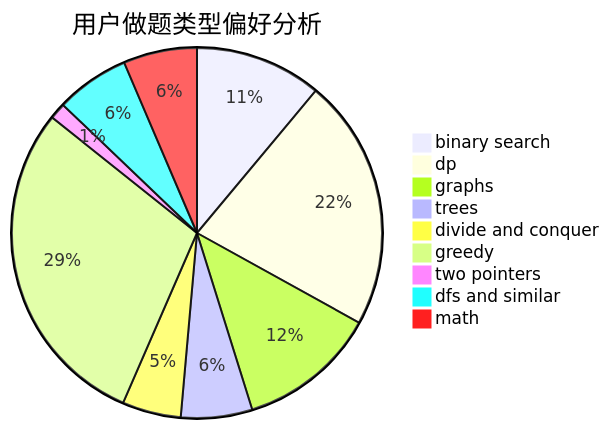
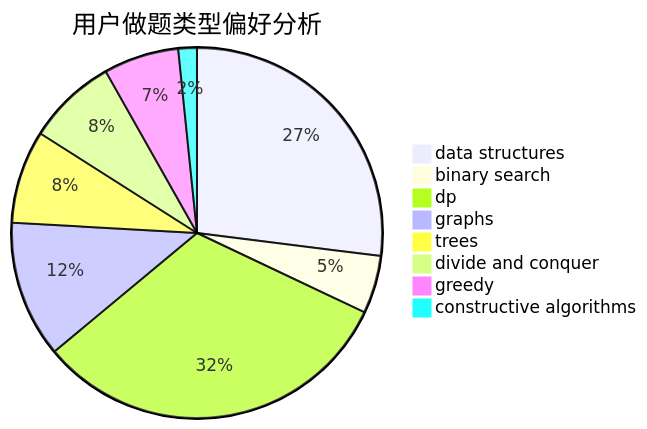
The second of 3 diagrams in docs/user/u200.md (sherpahu/cfrs.github.io), drawn with Mermaid before and after one commit. The commit also changed other lines of this file and 2775 other files, not shown here.

````diff
--- a/docs/user/u200.md
+++ b/docs/user/u200.md
@@ -23,12 +23,11 @@
 ```mermaid
 pie title 用户做题类型偏好分析
-    "binary search" :  272
-    "dp" :  540
-    "graphs" :  298
-    "trees" :  153
-    "divide and conquer" :  126
-    "greedy" :  717
-    "two pointers" :  35
-    "dfs and similar" :  158
-    "math" :  158
+    "data structures" :  432
+    "binary search" :  81
+    "dp" :  511
+    "graphs" :  191
+    "trees" :  130
+    "divide and conquer" :  125
+    "greedy" :  105
+    "constructive algorithms" :  26
 ```
````
